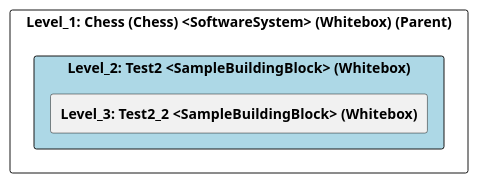
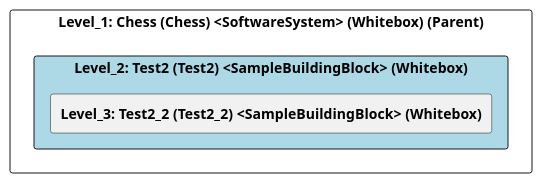
One commit to marcozwyssig/cleon changed the diagram in src/cleon.architecturemethods.arc42.sample/doc/cleon_architecturemethods_arc42_sample_arc42/adoc/en/05_building_block_view/chess/test2/level_2_test2.adoc. Above: the diagram before and after it, drawn with PlantUML. The commit also changed other lines of this file and 166 other files, not shown here.

```diff
--- a/src/cleon.architecturemethods.arc42.sample/doc/cleon_architecturemethods_arc42_sample_arc42/adoc/en/05_building_block_view/chess/test2/level_2_test2.adoc
+++ b/src/cleon.architecturemethods.arc42.sample/doc/cleon_architecturemethods_arc42_sample_arc42/adoc/en/05_building_block_view/chess/test2/level_2_test2.adoc
@@ -21,26 +21,26 @@
-[plantuml, Level_2: Test2 <SampleBuildingBlock> (Whitebox)BlockOverview, format="svg"]
+[plantuml, Level_2: Test2 (Test2) <SampleBuildingBlock> (Whitebox)BlockOverview, format="svg"]
 ----
-@startuml Level_2: Test2 <SampleBuildingBlock> (Whitebox)BuildingBlockOverview
+@startuml Level_2: Test2 (Test2) <SampleBuildingBlock> (Whitebox)BuildingBlockOverview
 
 skinparam ranksep 10
 skinparam componentStyle rectangle
 skinparam shadowing false
 skinparam arrowColor lightblue
 skinparam arrowThickness 1.2
 skinparam rectangle {
   BackgroundColor White
   BorderColor #333
   RoundCorner 10
 }
 top to bottom direction
 
 component "Level_1: Chess (Chess) <SoftwareSystem> (Whitebox) (Parent)" {
-    component "Level_2: Test2 <SampleBuildingBlock> (Whitebox)" #lightblue {
-        [**Level_3: Test2_2 <SampleBuildingBlock> (Whitebox)**] as 489CD283_D579_11EE_903E_9F564E4DE07E
+    component "Level_2: Test2 (Test2) <SampleBuildingBlock> (Whitebox)" #lightblue {
+        [**Level_3: Test2_2 (Test2_2) <SampleBuildingBlock> (Whitebox)**] as 489CD283_D579_11EE_903E_9F564E4DE07E
     }
 
     
 }
 
 @enduml
 ----
```
